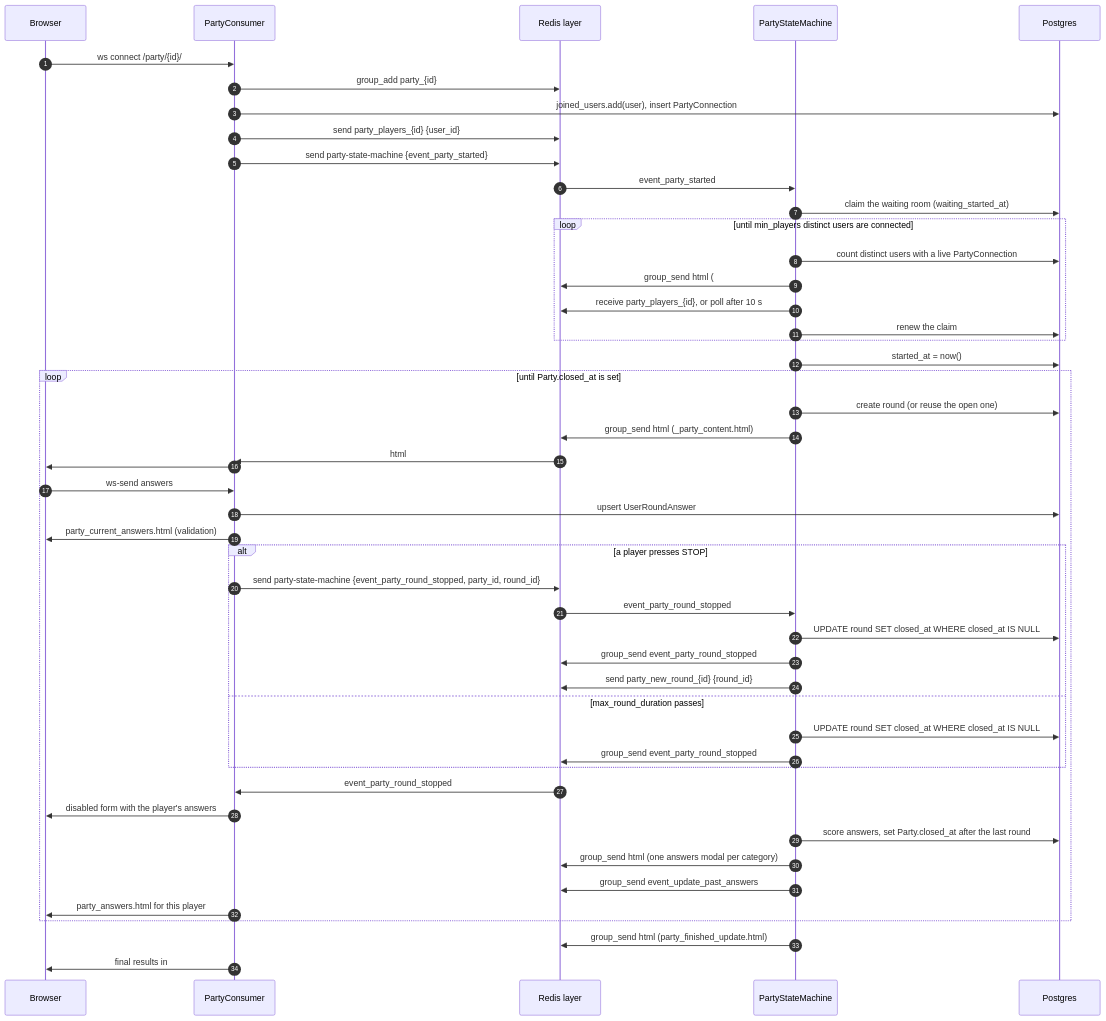
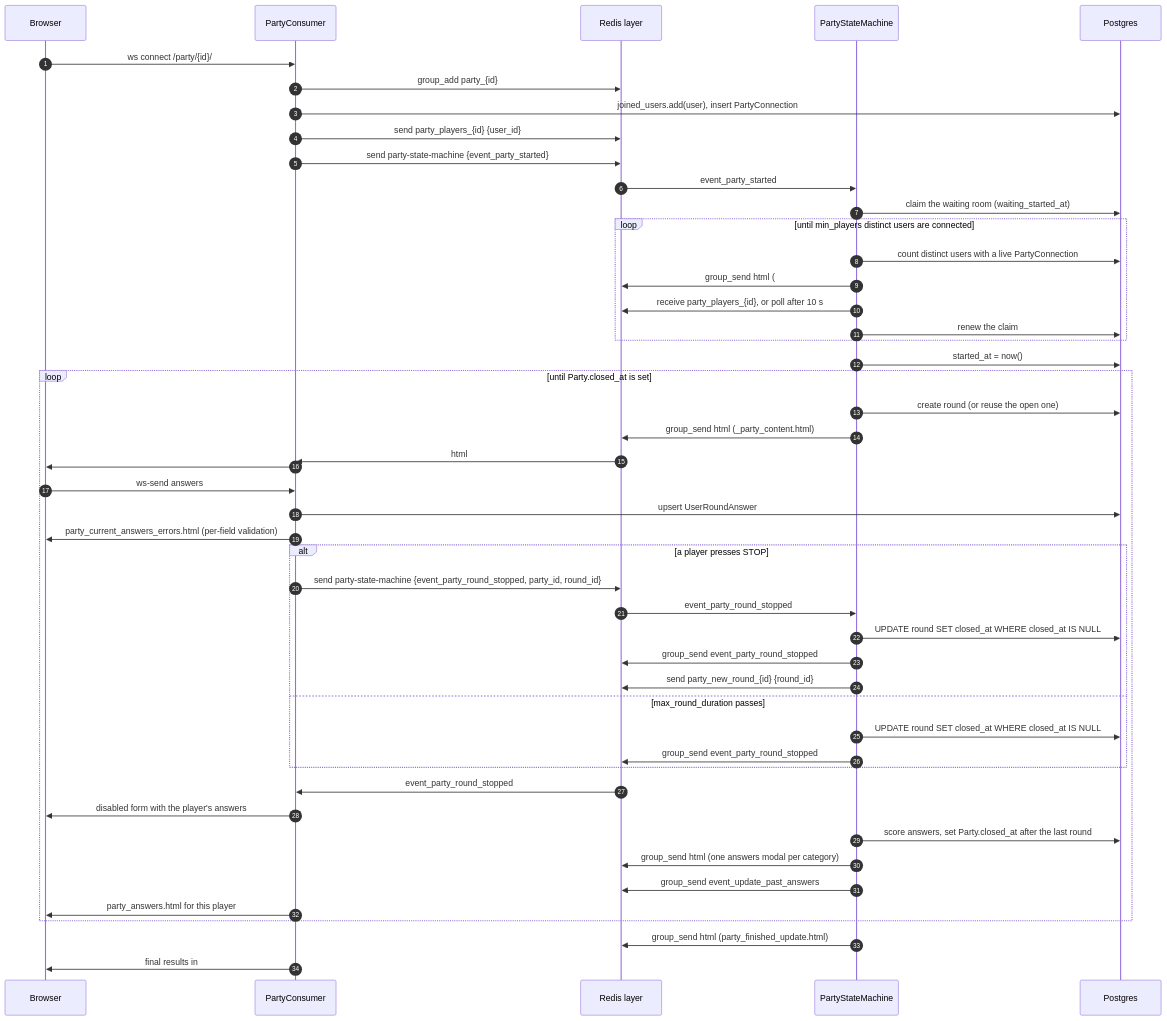
The second of 5 diagrams in docs/architecture.md (DanielGnzlzVll/AACX), drawn with Mermaid before and after one commit. The commit also changed other lines of this file and 11 other files, not shown here.

````diff
--- a/docs/architecture.md
+++ b/docs/architecture.md
@@ -135,51 +135,51 @@
 ```mermaid
 sequenceDiagram
     autonumber
     participant B as Browser
     participant C as PartyConsumer
     participant R as Redis layer
     participant SM as PartyStateMachine
     participant DB as Postgres
 
     B->>C: ws connect /party/{id}/
     C->>R: group_add party_{id}
     C->>DB: joined_users.add(user), insert PartyConnection
     C->>R: send party_players_{id} {user_id}
     C->>R: send party-state-machine {event_party_started}
     R->>SM: event_party_started
     SM->>DB: claim the waiting room (waiting_started_at)
     loop until min_players distinct users are connected
         SM->>DB: count distinct users with a live PartyConnection
         SM->>R: group_send html (#party_content)
         SM->>R: receive party_players_{id}, or poll after 10 s
         SM->>DB: renew the claim
     end
     SM->>DB: started_at = now()
     loop until Party.closed_at is set
         SM->>DB: create round (or reuse the open one)
         SM->>R: group_send html (_party_content.html)
         R->>C: html
         C->>B: #party_past_answers, #party_current_answers, #party_reports
         B->>C: ws-send answers
         C->>DB: upsert UserRoundAnswer
-        C->>B: party_current_answers.html (validation)
+        C->>B: party_current_answers_errors.html (per-field validation)
         alt a player presses STOP
             C->>R: send party-state-machine {event_party_round_stopped, party_id, round_id}
             R->>SM: event_party_round_stopped
             SM->>DB: UPDATE round SET closed_at WHERE closed_at IS NULL
             SM->>R: group_send event_party_round_stopped
             SM->>R: send party_new_round_{id} {round_id}
         else max_round_duration passes
             SM->>DB: UPDATE round SET closed_at WHERE closed_at IS NULL
             SM->>R: group_send event_party_round_stopped
         end
         R->>C: event_party_round_stopped
         C->>B: disabled form with the player's answers
         SM->>DB: score answers, set Party.closed_at after the last round
         SM->>R: group_send html (one answers modal per category)
         SM->>R: group_send event_update_past_answers
         C->>B: party_answers.html for this player
     end
     SM->>R: group_send html (party_finished_update.html)
     C->>B: final results in #party_current_answers and #party_reports
 ```
````
